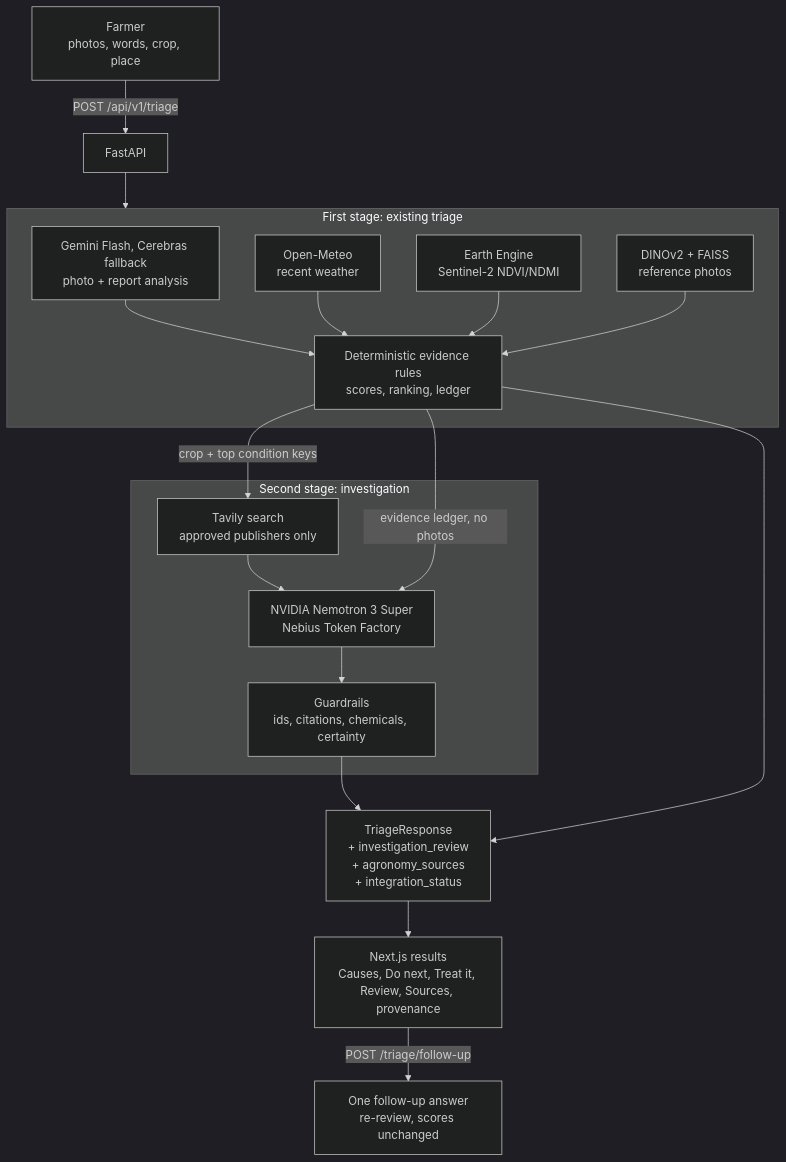
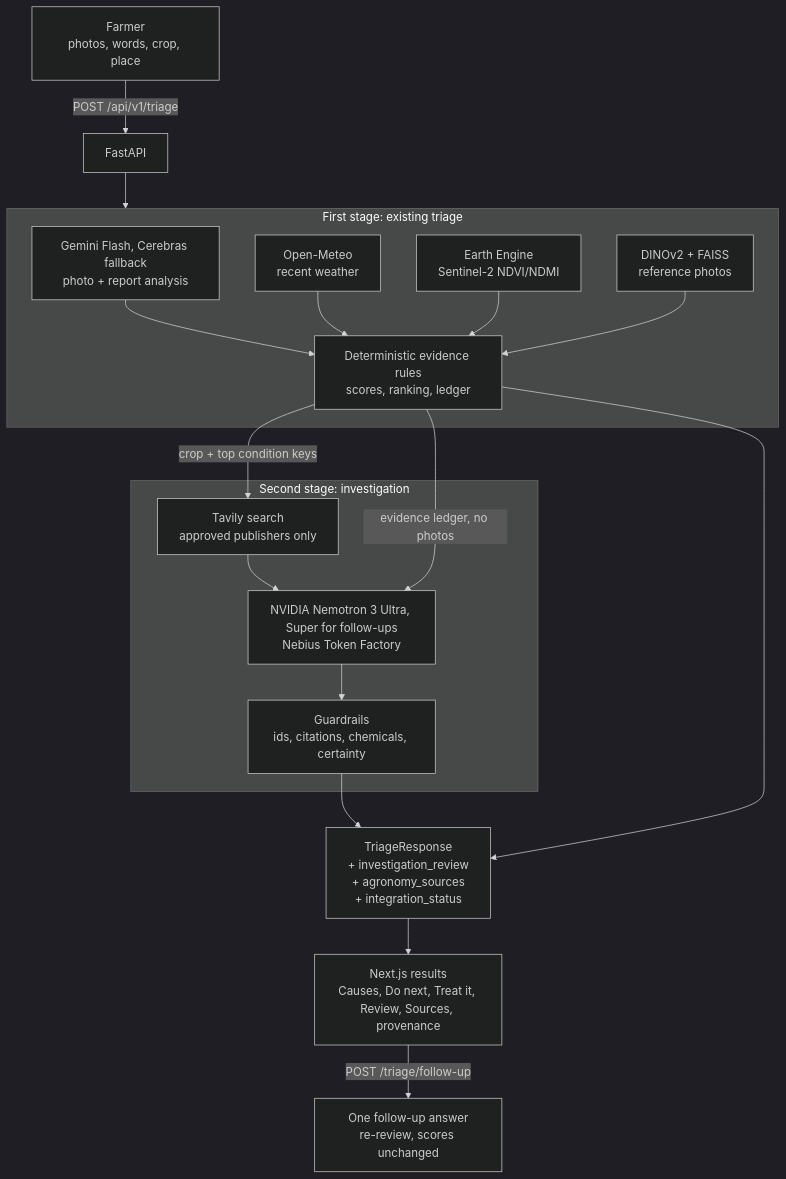
One commit to jayeshrajani/RootCause-Hackathon changed the diagram in docs/architecture.md. Above: the diagram before and after it, drawn with Mermaid (dark theme). The commit also changed 4 other files, not shown here.

First line of the commit message:
docs: Nebius x NVIDIA hackathon submission notes and live verification

````diff
--- a/docs/architecture.md
+++ b/docs/architecture.md
@@ -5,28 +5,28 @@
 ```mermaid
 flowchart TD
   F[Farmer<br/>photos, words, crop, place] -->|POST /api/v1/triage| A[FastAPI]
   subgraph S1[First stage: existing triage]
     V[Gemini Flash, Cerebras fallback<br/>photo + report analysis]
     WX[Open-Meteo<br/>recent weather]
     SAT[Earth Engine<br/>Sentinel-2 NDVI/NDMI]
     REF[DINOv2 + FAISS<br/>reference photos]
     R[Deterministic evidence rules<br/>scores, ranking, ledger]
     V --> R
     WX --> R
     SAT --> R
     REF --> R
   end
   A --> S1
   subgraph S2[Second stage: investigation]
     T[Tavily search<br/>approved publishers only]
-    N[NVIDIA Nemotron 3 Super<br/>Nebius Token Factory]
+    N[NVIDIA Nemotron 3 Ultra, Super for follow-ups<br/>Nebius Token Factory]
     G[Guardrails<br/>ids, citations, chemicals, certainty]
     T --> N --> G
   end
   R -->|crop + top condition keys| T
   R -->|evidence ledger, no photos| N
   G --> OUT[TriageResponse<br/>+ investigation_review<br/>+ agronomy_sources<br/>+ integration_status]
   R --> OUT
   OUT --> W[Next.js results<br/>Causes, Do next, Treat it, Review, Sources, provenance]
   W -->|POST /triage/follow-up| FU[One follow-up answer<br/>re-review, scores unchanged]
 ```
````
